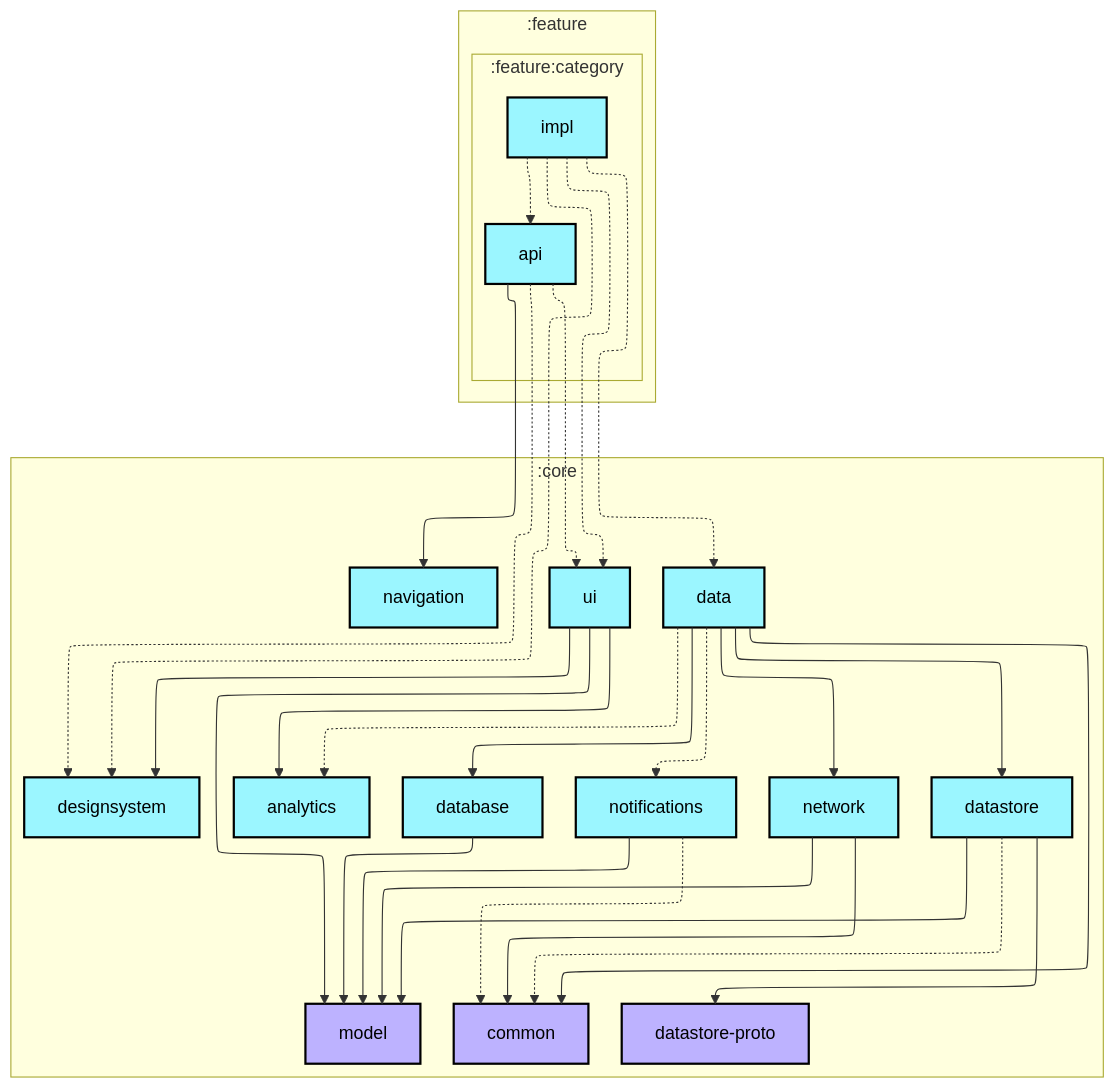
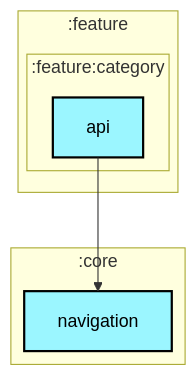
One commit to AshishMK/JetUpdates changed the first of 2 diagrams in feature/category/api/README.md. Above: the diagram before and after it, drawn with Mermaid. The commit also changed 15 other files, not shown here.

Commit message:
feat: hideBottomBar logic All pull requests completed after PR # 2003Migrate project to Jetpack Navigation 3 to PR #2100 Update README graphs with correct datastore-proto plugin

````diff
--- a/feature/category/api/README.md
+++ b/feature/category/api/README.md
@@ -6,64 +6,29 @@
 ```mermaid
 ---
 config:
   layout: elk
   elk:
     nodePlacementStrategy: SIMPLE
 ---
 graph TB
   subgraph :feature
     direction TB
     subgraph :feature:category
       direction TB
       :feature:category:api[api]:::android-library
-      :feature:category:impl[impl]:::android-library
     end
   end
   subgraph :core
     direction TB
-    :core:analytics[analytics]:::android-library
-    :core:common[common]:::jvm-library
-    :core:data[data]:::android-library
-    :core:database[database]:::android-library
-    :core:datastore[datastore]:::android-library
-    :core:datastore-proto[datastore-proto]:::jvm-library
-    :core:designsystem[designsystem]:::android-library
-    :core:model[model]:::jvm-library
     :core:navigation[navigation]:::android-library
-    :core:network[network]:::android-library
-    :core:notifications[notifications]:::android-library
-    :core:ui[ui]:::android-library
   end
 
-  :core:data -.-> :core:analytics
-  :core:data --> :core:common
-  :core:data --> :core:database
-  :core:data --> :core:datastore
-  :core:data --> :core:network
-  :core:data -.-> :core:notifications
-  :core:database --> :core:model
-  :core:datastore -.-> :core:common
-  :core:datastore --> :core:datastore-proto
-  :core:datastore --> :core:model
-  :core:network --> :core:common
-  :core:network --> :core:model
-  :core:notifications -.-> :core:common
-  :core:notifications --> :core:model
-  :core:ui --> :core:analytics
-  :core:ui --> :core:designsystem
-  :core:ui --> :core:model
-  :feature:category:api -.-> :core:designsystem
   :feature:category:api --> :core:navigation
-  :feature:category:api -.-> :core:ui
-  :feature:category:impl -.-> :core:data
-  :feature:category:impl -.-> :core:designsystem
-  :feature:category:impl -.-> :core:ui
-  :feature:category:impl -.-> :feature:category:api
 
 classDef android-application fill:#CAFFBF,stroke:#000,stroke-width:2px,color:#000;
 classDef android-feature fill:#FFD6A5,stroke:#000,stroke-width:2px,color:#000;
 classDef android-library fill:#9BF6FF,stroke:#000,stroke-width:2px,color:#000;
 classDef android-test fill:#A0C4FF,stroke:#000,stroke-width:2px,color:#000;
 classDef jvm-library fill:#BDB2FF,stroke:#000,stroke-width:2px,color:#000;
 classDef unknown fill:#FFADAD,stroke:#000,stroke-width:2px,color:#000;
 ```
````
